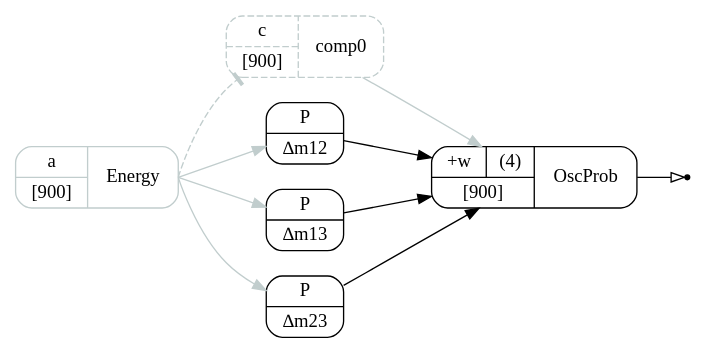
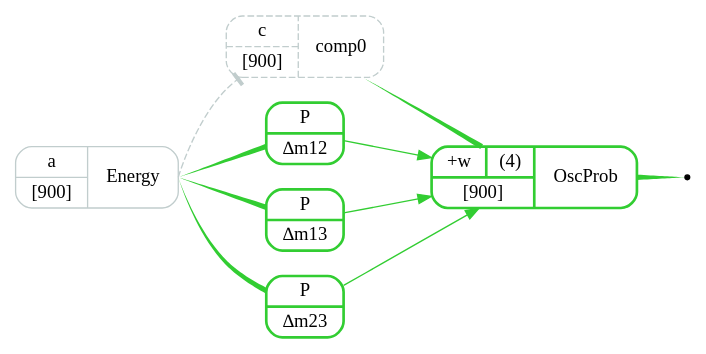
Before and after one commit to gnafit/gna: the diagram in dotfile.dot, drawn with Graphviz. The commit also changed 4 other files, not shown here.

```diff
--- a/dotfile.dot
+++ b/dotfile.dot
@@ -1,56 +1,94 @@
-digraph "" {
+digraph  {
 	graph [fontsize=10,
 		labelfontsize=10,
 		layers="variable:transformation",
 		rankdir=LR
 	];
 	node [label="\N"];
-	entry_0000	 [label="{{{+w|(4)}|[900]}|OscProb}",
+	entry_0000	 [color=limegreen,
+		label="{{{+w|(4)}|[900]}|OscProb}",
 		layer=transformation,
-		shape=Mrecord];
+		shape=Mrecord,
+		style=bold];
 	entry_0001_sink	 [label=out,
 		shape=point];
-	entry_0000 -> entry_0001_sink	 [arrowhead=empty,
-		layer=transformation];
+	entry_0000 -> entry_0001_sink	 [arrowhead=none,
+		color=limegreen,
+		dir=forward,
+		layer=transformation,
+		penwidth=4,
+		style=tapered];
 	entry_0002	 [color=azure3,
 		label="{{c|[900]}|comp0}",
 		layer=transformation,
 		shape=Mrecord,
 		style=dashed];
-	entry_0002 -> entry_0000	 [color=azure3,
+	entry_0002 -> entry_0000	 [arrowhead=none,
+		arrowtail=none,
+		color=limegreen,
+		dir=back,
+		layer=transformation,
+		penwidth=4,
+		sametail=0,
+		style=tapered];
+	entry_0003	 [color=limegreen,
+		label="P | &#8710;m12",
+		layer=transformation,
+		shape=Mrecord,
+		style=bold];
+	entry_0003 -> entry_0000	 [color=limegreen,
+		dir=forward,
 		layer=transformation,
 		sametail=0];
-	entry_0003	 [label="P | &#8710;m12",
+	entry_0004	 [color=limegreen,
+		label="P | &#8710;m13",
 		layer=transformation,
-		shape=Mrecord];
-	entry_0003 -> entry_0000	 [layer=transformation,
+		shape=Mrecord,
+		style=bold];
+	entry_0004 -> entry_0000	 [color=limegreen,
+		dir=forward,
+		layer=transformation,
 		sametail=0];
-	entry_0004	 [label="P | &#8710;m13",
+	entry_0005	 [color=limegreen,
+		label="P | &#8710;m23",
 		layer=transformation,
-		shape=Mrecord];
-	entry_0004 -> entry_0000	 [layer=transformation,
-		sametail=0];
-	entry_0005	 [label="P | &#8710;m23",
+		shape=Mrecord,
+		style=bold];
+	entry_0005 -> entry_0000	 [color=limegreen,
+		dir=forward,
 		layer=transformation,
-		shape=Mrecord];
-	entry_0005 -> entry_0000	 [layer=transformation,
 		sametail=0];
 	entry_0006	 [color=azure3,
 		label="{{a|[900]}|Energy}",
 		layer=transformation,
 		shape=Mrecord];
 	entry_0006 -> entry_0002	 [arrowhead=tee,
 		color=azure3,
 		layer=transformation,
 		sametail=0,
 		style=dashed];
-	entry_0006 -> entry_0003	 [color=azure3,
+	entry_0006 -> entry_0003	 [arrowhead=none,
+		arrowtail=none,
+		color=limegreen,
+		dir=back,
 		layer=transformation,
-		sametail=0];
-	entry_0006 -> entry_0004	 [color=azure3,
+		penwidth=4,
+		sametail=0,
+		style=tapered];
+	entry_0006 -> entry_0004	 [arrowhead=none,
+		arrowtail=none,
+		color=limegreen,
+		dir=back,
 		layer=transformation,
-		sametail=0];
-	entry_0006 -> entry_0005	 [color=azure3,
+		penwidth=4,
+		sametail=0,
+		style=tapered];
+	entry_0006 -> entry_0005	 [arrowhead=none,
+		arrowtail=none,
+		color=limegreen,
+		dir=back,
 		layer=transformation,
-		sametail=0];
+		penwidth=4,
+		sametail=0,
+		style=tapered];
 }
```
